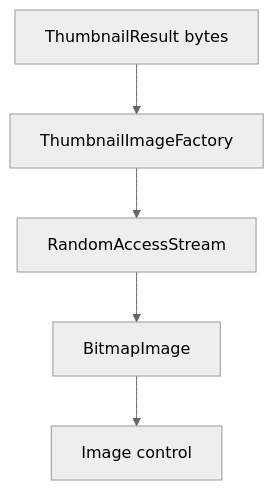
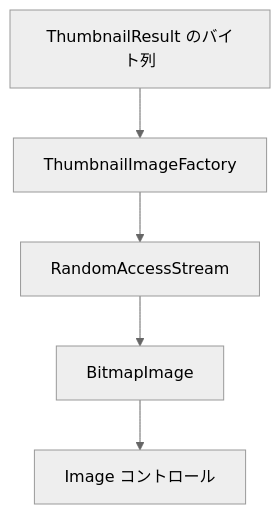
One commit to 0x5bfa/Files changed the sixth of 8 diagrams in docs/architecture/files-app.md. Above: the diagram before and after it, drawn with Mermaid (neutral theme). The commit also changed other lines of this file and 18 other files, not shown here.

Commit message:
Translate architecture docs to Japanese

````diff
--- a/docs/architecture/files-app.md
+++ b/docs/architecture/files-app.md
@@ -493,13 +450,13 @@
 ```mermaid
 flowchart TD
-    Core["ThumbnailResult bytes"]
+    Core["ThumbnailResult のバイト列"]
     Factory["ThumbnailImageFactory"]
     Stream["RandomAccessStream"]
     Image["BitmapImage"]
-    View["Image control"]
+    View["Image コントロール"]
 
     Core --> Factory
     Factory --> Stream
     Stream --> Image
     Image --> View
 ```
````
